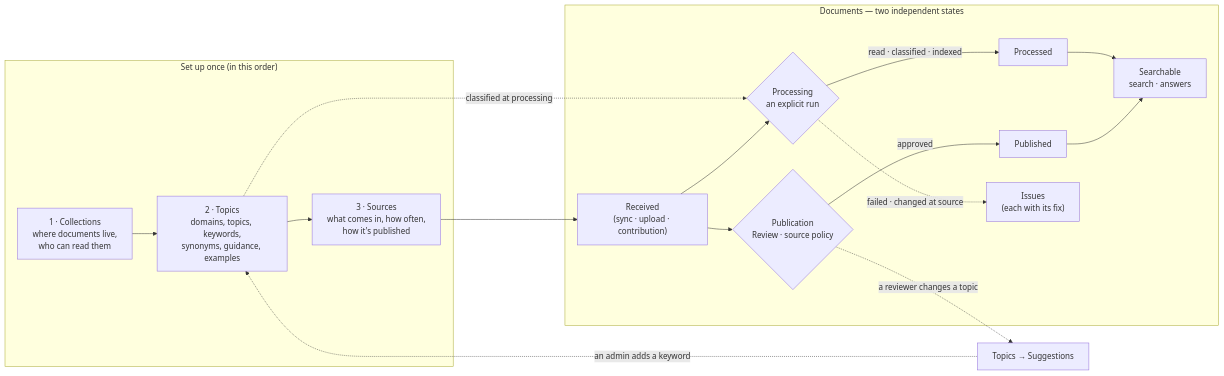
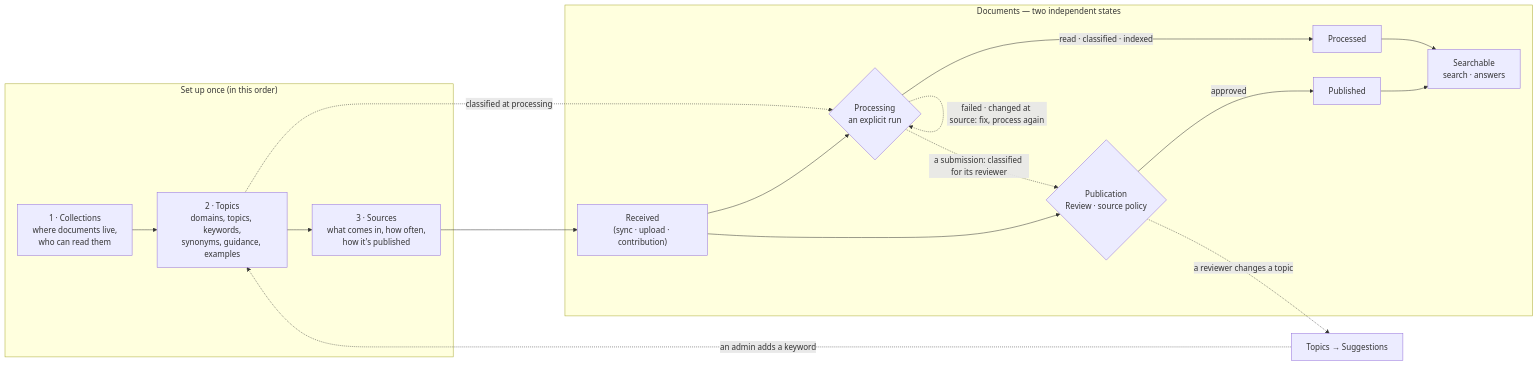
Before and after one commit to NguyenDuy1910/BoMesh: the first of 2 diagrams in apps/ux_preview/docs/KNOWLEDGE_STUDIO.md, drawn with Mermaid. The commit also changed other lines of this file and 54 other files, not shown here.

````diff
--- a/apps/ux_preview/docs/KNOWLEDGE_STUDIO.md
+++ b/apps/ux_preview/docs/KNOWLEDGE_STUDIO.md
@@ -9,18 +9,19 @@
 ```mermaid
 flowchart LR
   subgraph Setup["Set up once (in this order)"]
     KB["1 · Collections<br/>where documents live,<br/>who can read them"] --> MD["2 · Topics<br/>domains, topics, keywords,<br/>synonyms, guidance, examples"] --> SRC["3 · Sources<br/>what comes in, how often,<br/>how it's published"]
   end
   subgraph Docs["Documents — two independent states"]
-    IN["Received<br/>(sync · upload · contribution)"] --> PUB{"Publication<br/>Review · source policy"}
-    IN --> PROC{"Processing<br/>an explicit run"}
+    IN["Received<br/>(sync · upload · contribution)"] --> PROC{"Processing<br/>an explicit run"}
+    IN --> PUB{"Publication<br/>Review · source policy"}
+    PROC -->|read · classified · indexed| P2["Processed"]
+    PROC -.->|a submission: classified for its reviewer| PUB
     PUB -->|approved| P1["Published"]
-    PROC -->|read · classified · indexed| P2["Processed"]
     P1 --> LIVE["Searchable<br/>search · answers"]
     P2 --> LIVE
-    PROC -.->|failed · changed at source| ISS["Issues<br/>(each with its fix)"]
+    PROC -.->|failed · changed at source: fix, process again| PROC
   end
   SRC --> IN
   MD -.->|classified at processing| PROC
   PUB -.->|a reviewer changes a topic| COR["Topics → Suggestions"] -.->|an admin adds a keyword| MD
 ```
````
